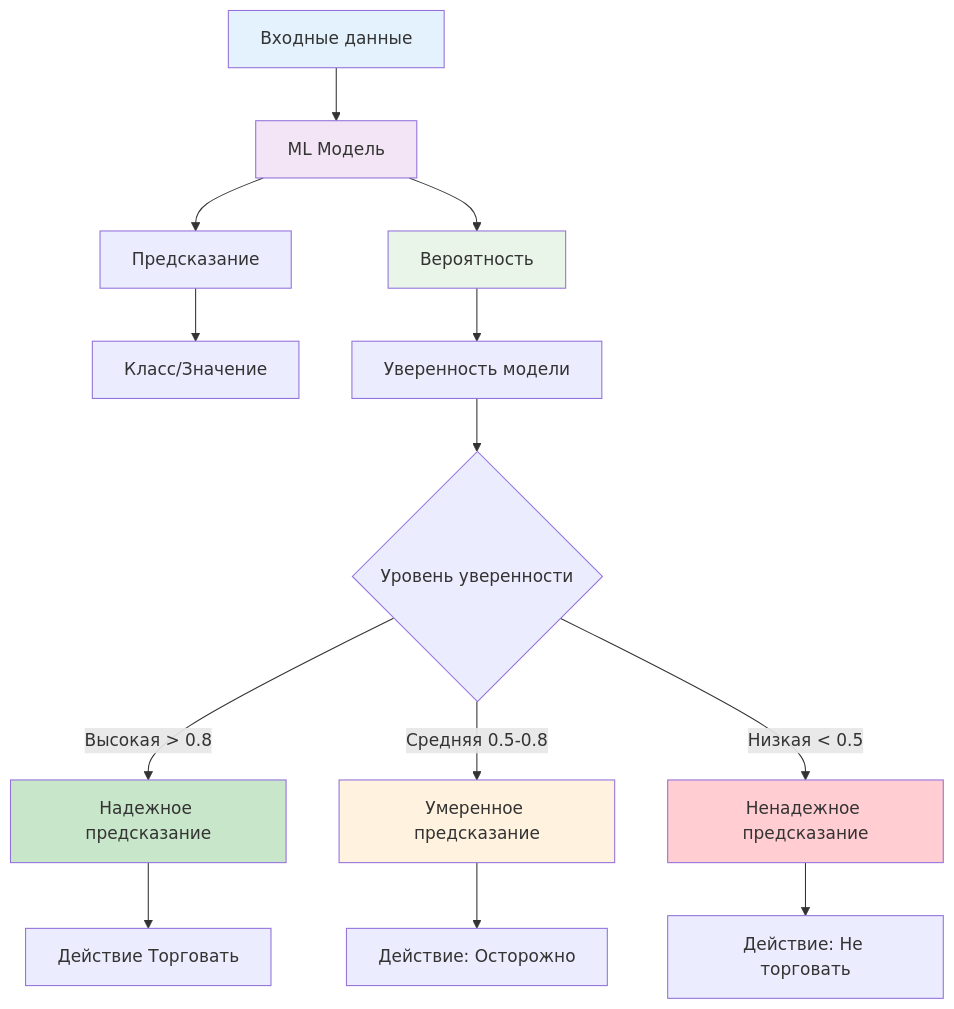
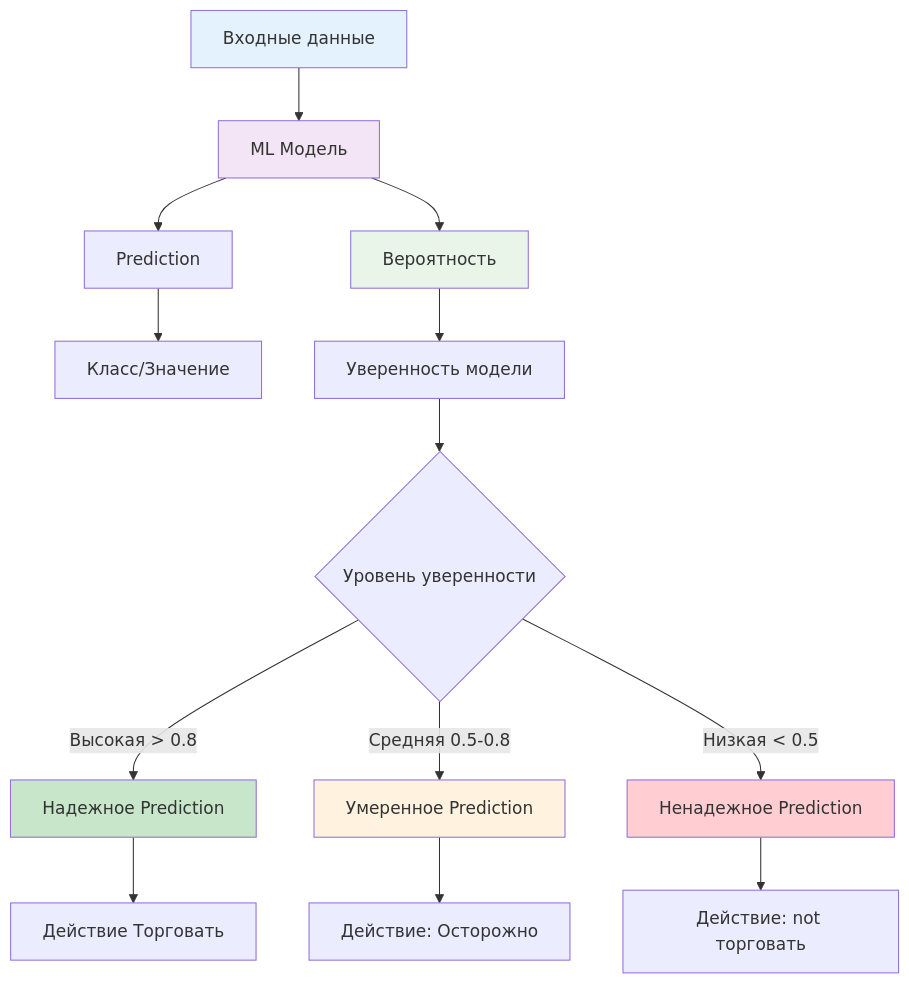
Before and after one commit to NeoZorK/neozork-hld-prediction: the first of 8 diagrams in docs/automl/gluon/26_probability_usage_guide.md, drawn with Mermaid. The commit also changed other lines of this file and 19 other files, not shown here.

````diff
--- a/docs/automl/gluon/26_probability_usage_guide.md
+++ b/docs/automl/gluon/26_probability_usage_guide.md
@@ -38,25 +38,25 @@
 ```mermaid
 graph TD
-    A[Входные данные] --> B[ML Модель]
-    B --> C[Предсказание]
-    B --> D[Вероятность]
-    
-    C --> E[Класс/Значение]
-    D --> F[Уверенность модели]
-    
-    F --> G{Уровень уверенности}
-    G -->|Высокая > 0.8| H[Надежное предсказание]
-    G -->|Средняя 0.5-0.8| I[Умеренное предсказание]
-    G -->|Низкая < 0.5| J[Ненадежное предсказание]
-    
-    H --> K[Действие Торговать]
-    I --> L[Действие: Осторожно]
-    J --> M[Действие: Не торговать]
-    
-    style A fill:#e3f2fd
-    style B fill:#f3e5f5
-    style D fill:#e8f5e8
-    style H fill:#c8e6c9
-    style I fill:#fff3e0
-    style J fill:#ffcdd2
+ A[Входные данные] --> B[ML Модель]
+ B --> C[Prediction]
+ B --> D[Вероятность]
+
+ C --> E[Класс/Значение]
+ D --> F[Уверенность модели]
+
+ F --> G{Уровень уверенности}
+ G -->|Высокая > 0.8| H[Надежное Prediction]
+ G -->|Средняя 0.5-0.8| I[Умеренное Prediction]
+ G -->|Низкая < 0.5| J[Ненадежное Prediction]
+
+ H --> K[Действие Торговать]
+ I --> L[Действие: Осторожно]
+ J --> M[Действие: not торговать]
+
+ style A fill:#e3f2fd
+ style B fill:#f3e5f5
+ style D fill:#e8f5e8
+ style H fill:#c8e6c9
+ style I fill:#fff3e0
+ style J fill:#ffcdd2
 ```
````
